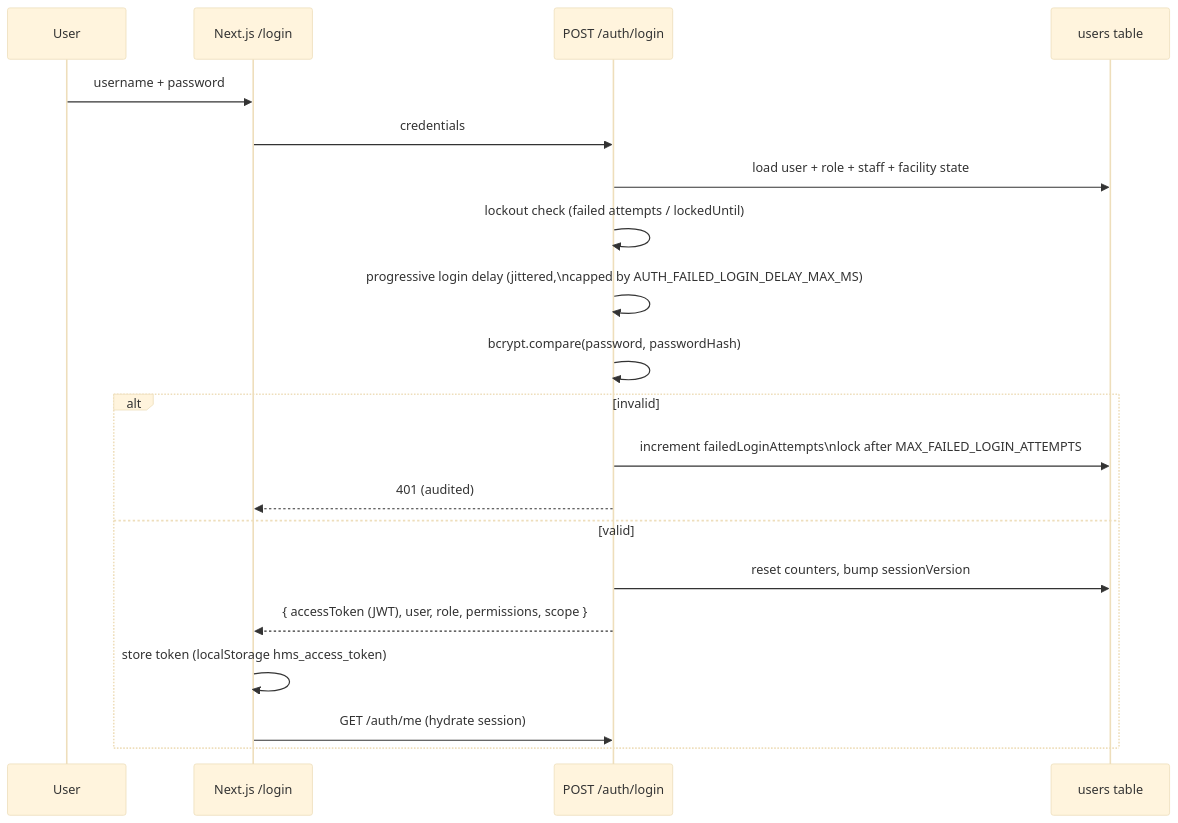
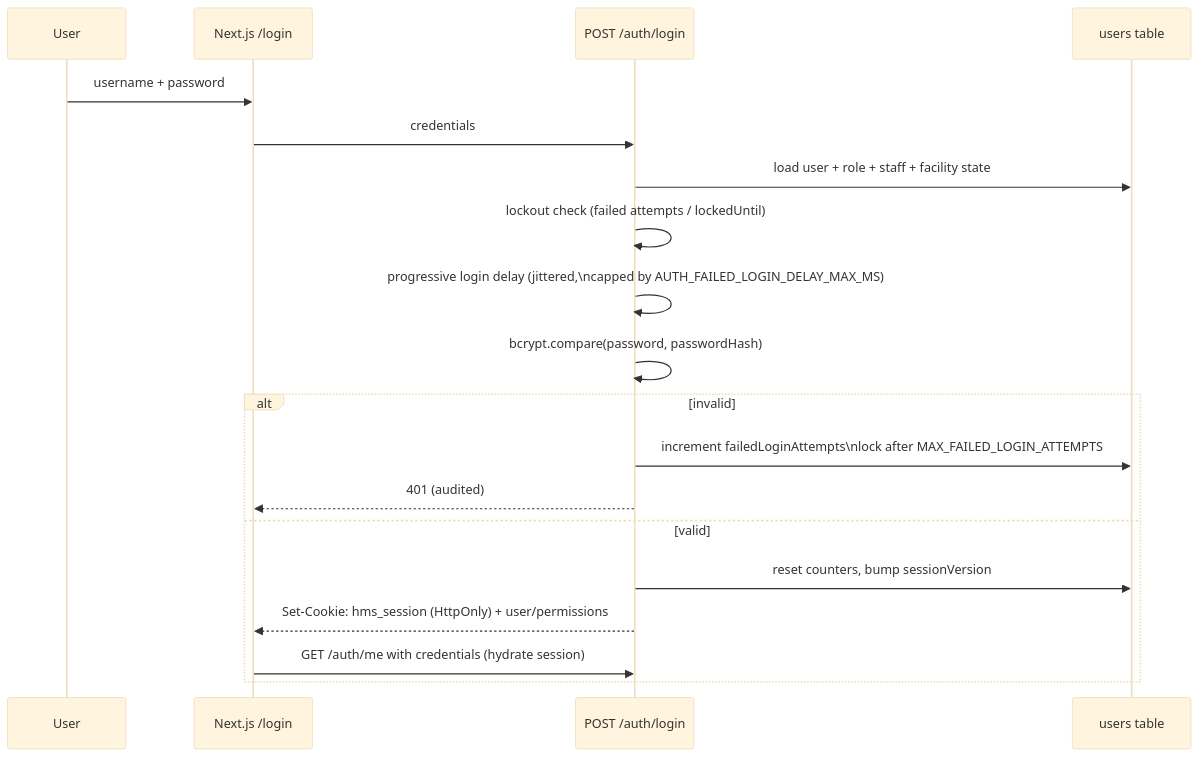
One commit to Owinovative/invinceible_core_hms_v2 changed the diagram in docs/AUTHENTICATION.md. Above: the diagram before and after it, drawn with Mermaid (base theme). The commit also changed other lines of this file and 25 other files, not shown here.

Commit message:
fix PostgreSQL baseline and add current schema migration

````diff
--- a/docs/AUTHENTICATION.md
+++ b/docs/AUTHENTICATION.md
@@ -8,23 +8,22 @@
 ```mermaid
 sequenceDiagram
     participant U as User
     participant FE as Next.js /login
     participant API as POST /auth/login
     participant DB as users table
 
     U->>FE: username + password
     FE->>API: credentials
     API->>DB: load user + role + staff + facility state
     API->>API: lockout check (failed attempts / lockedUntil)
     API->>API: progressive login delay (jittered,\ncapped by AUTH_FAILED_LOGIN_DELAY_MAX_MS)
     API->>API: bcrypt.compare(password, passwordHash)
     alt invalid
         API->>DB: increment failedLoginAttempts\nlock after MAX_FAILED_LOGIN_ATTEMPTS
         API-->>FE: 401 (audited)
     else valid
         API->>DB: reset counters, bump sessionVersion
-        API-->>FE: { accessToken (JWT), user, role, permissions, scope }
-        FE->>FE: store token (localStorage hms_access_token)
-        FE->>API: GET /auth/me (hydrate session)
+        API-->>FE: Set-Cookie: hms_session (HttpOnly) + user/permissions
+        FE->>API: GET /auth/me with credentials (hydrate session)
     end
 ```
````
